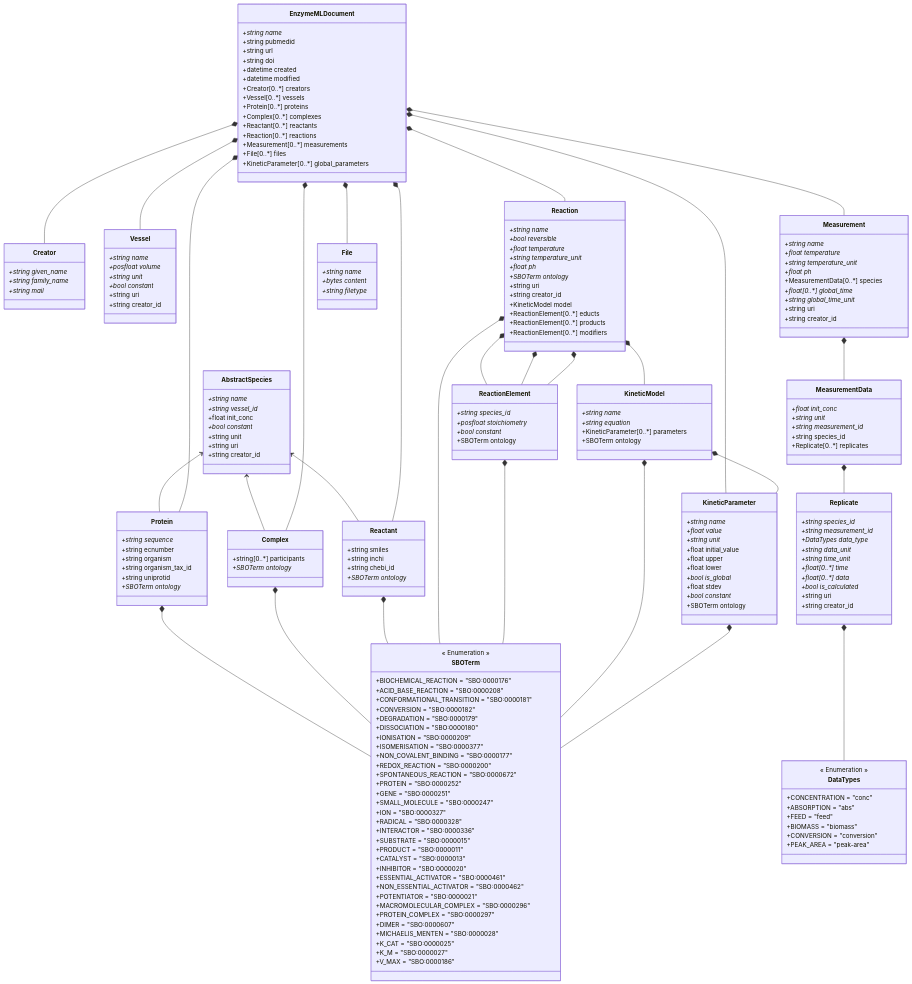
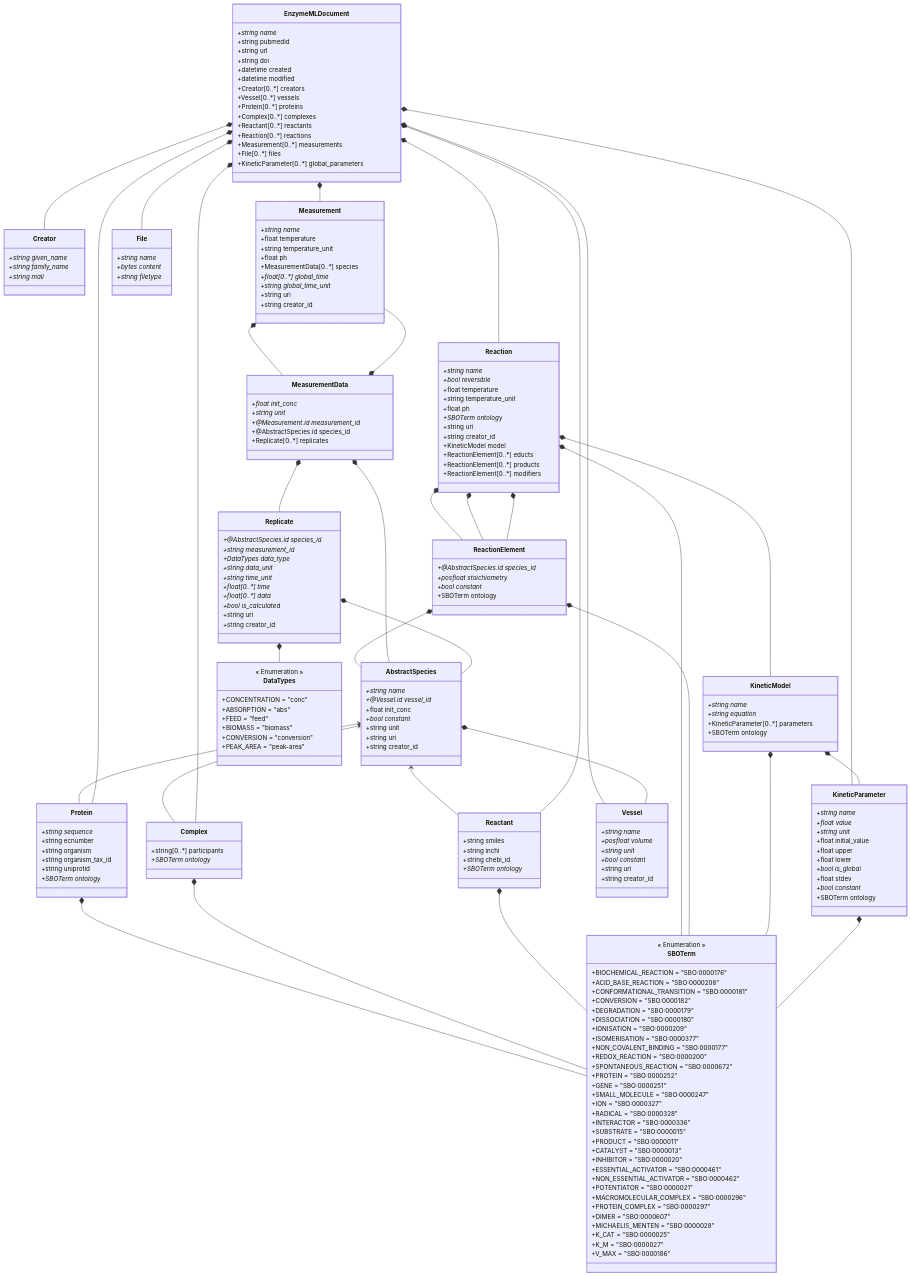
One commit to EnzymeML/enzymeml-specifications changed the diagram in PyEnzyme/schemes/Ontologies.md. Above: the diagram before and after it, drawn with Mermaid. The commit also changed 8 other files, not shown here.

```diff
--- a/PyEnzyme/schemes/Ontologies.md
+++ b/PyEnzyme/schemes/Ontologies.md
@@ -12,6 +12,7 @@
     EnzymeMLDocument *-- Measurement
     EnzymeMLDocument *-- File
     EnzymeMLDocument *-- KineticParameter
+    AbstractSpecies *-- Vessel
     Protein *-- SBOTerm
     Complex *-- SBOTerm
     Reactant *-- SBOTerm
@@ -20,12 +21,16 @@
     Reaction *-- ReactionElement
     Reaction *-- ReactionElement
     Reaction *-- ReactionElement
+    ReactionElement *-- AbstractSpecies
     ReactionElement *-- SBOTerm
     KineticModel *-- KineticParameter
     KineticModel *-- SBOTerm
     KineticParameter *-- SBOTerm
     Measurement *-- MeasurementData
+    MeasurementData *-- Measurement
+    MeasurementData *-- AbstractSpecies
     MeasurementData *-- Replicate
+    Replicate *-- AbstractSpecies
     Replicate *-- DataTypes
     
     class EnzymeMLDocument {
@@ -63,7 +68,7 @@
     
     class AbstractSpecies {
         +string name*
-        +string vessel_id*
+        +@Vessel.id vessel_id*
         +float init_conc
         +bool constant*
         +string unit
@@ -95,9 +100,9 @@
     class Reaction {
         +string name*
         +bool reversible*
-        +float temperature*
-        +string temperature_unit*
-        +float ph*
+        +float temperature
+        +string temperature_unit
+        +float ph
         +SBOTerm ontology*
         +string uri
         +string creator_id
@@ -108,7 +113,7 @@
     }
     
     class ReactionElement {
-        +string species_id*
+        +@AbstractSpecies.id species_id*
         +posfloat stoichiometry*
         +bool constant*
         +SBOTerm ontology
@@ -136,9 +141,9 @@
     
     class Measurement {
         +string name*
-        +float temperature*
-        +string temperature_unit*
-        +float ph*
+        +float temperature
+        +string temperature_unit
+        +float ph
         +MeasurementData[0..*] species
         +float[0..*] global_time*
         +string global_time_unit*
@@ -149,13 +154,13 @@
     class MeasurementData {
         +float init_conc*
         +string unit*
-        +string measurement_id*
-        +string species_id
+        +@Measurement.id measurement_id*
+        +@AbstractSpecies.id species_id
         +Replicate[0..*] replicates
     }
     
     class Replicate {
-        +string species_id*
+        +@AbstractSpecies.id species_id*
         +string measurement_id*
         +DataTypes data_type*
         +string data_unit*
```
